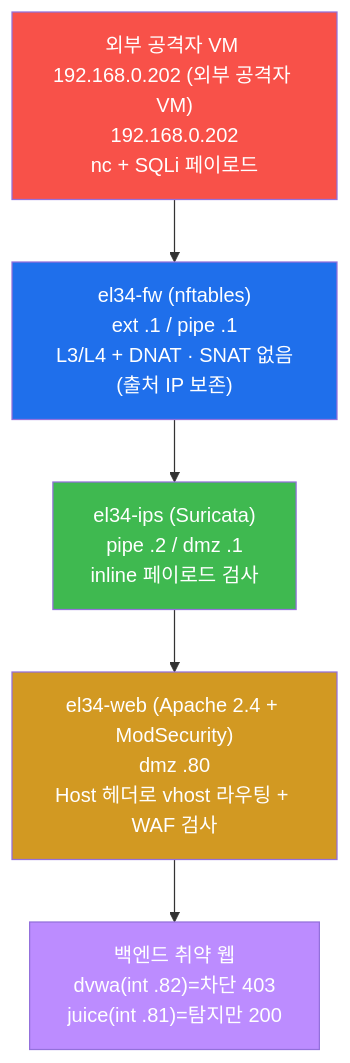
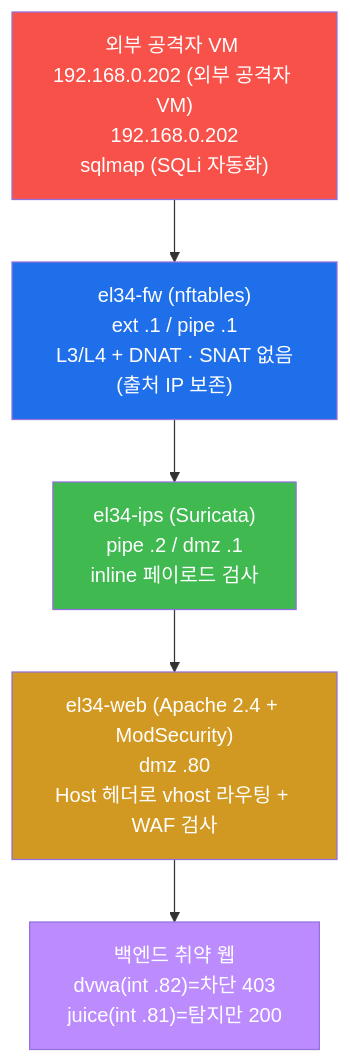
The third of 7 diagrams in contents/training/web-vuln/lecture_week05.md (mrgrit/tw2), drawn with Mermaid before and after one commit. The commit also changed other lines of this file and 25 other files, not shown here.

````diff
--- a/contents/training/web-vuln/lecture_week05.md
+++ b/contents/training/web-vuln/lecture_week05.md
@@ -217,14 +217,14 @@
 ```mermaid
 graph TD
-    ATK["외부 공격자 VM 192.168.0.202 (외부 공격자 VM)<br/>192.168.0.202<br/>nc + SQLi 페이로드"]
+    ATK["외부 공격자 VM 192.168.0.202 (외부 공격자 VM)<br/>192.168.0.202<br/>sqlmap (SQLi 자동화)"]
     FW["el34-fw (nftables)<br/>ext .1 / pipe .1<br/>L3/L4 + DNAT · SNAT 없음(출처 IP 보존)"]
     IPS["el34-ips (Suricata)<br/>pipe .2 / dmz .1<br/>inline 페이로드 검사"]
     WEB["el34-web (Apache 2.4 + ModSecurity)<br/>dmz .80<br/>Host 헤더로 vhost 라우팅 + WAF 검사"]
     APP["백엔드 취약 웹<br/>dvwa(int .82)=차단 403<br/>juice(int .81)=탐지만 200"]
     ATK --> FW --> IPS --> WEB --> APP
     style ATK fill:#f85149,color:#fff
     style FW fill:#1f6feb,color:#fff
     style IPS fill:#3fb950,color:#fff
     style WEB fill:#d29922,color:#fff
     style APP fill:#bc8cff,color:#fff
 ```
````
